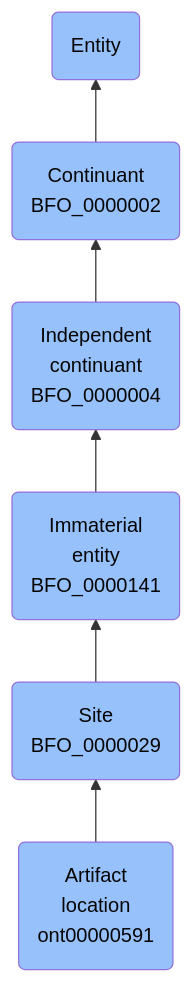
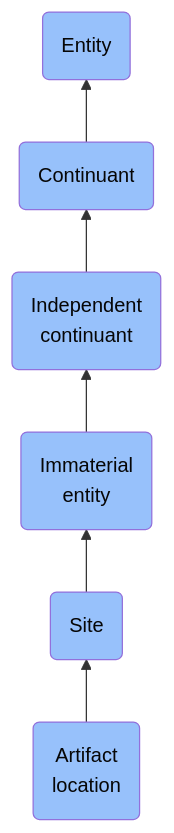
The diagram in docs/ontology/reference/model/Entity/Continuant/Independent continuant/Immaterial entity/Site/Artifact location/Artifact location.md (jupyter-naas/abi), drawn with Mermaid before and after one commit. The commit also changed other lines of this file and 1430 other files, not shown here.

````diff
--- a/docs/ontology/reference/model/Entity/Continuant/Independent continuant/Immaterial entity/Site/Artifact location/Artifact location.md
+++ b/docs/ontology/reference/model/Entity/Continuant/Independent continuant/Immaterial entity/Site/Artifact location/Artifact location.md
@@ -24,13 +24,13 @@
 ```mermaid
 graph BT
-    ont00000591(Artifact<br>location<br>ont00000591):::BFO-->BFO_0000029
-    BFO_0000029(Site<br>BFO_0000029):::BFO-->BFO_0000141
-    BFO_0000141(Immaterial<br>entity<br>BFO_0000141):::BFO-->BFO_0000004
-    BFO_0000004(Independent<br>continuant<br>BFO_0000004):::BFO-->BFO_0000002
-    BFO_0000002(Continuant<br>BFO_0000002):::BFO-->BFO_0000001
+    ont00000591(Artifact<br>location):::BFO-->BFO_0000029
+    BFO_0000029(Site):::BFO-->BFO_0000141
+    BFO_0000141(Immaterial<br>entity):::BFO-->BFO_0000004
+    BFO_0000004(Independent<br>continuant):::BFO-->BFO_0000002
+    BFO_0000002(Continuant):::BFO-->BFO_0000001
     BFO_0000001(Entity):::BFO
     
     classDef BFO fill:#97c1fb,color:#060606
     classDef CCO fill:#e4c51e,color:#060606
     classDef ABI fill:#48DD82,color:#060606
 ```
````
